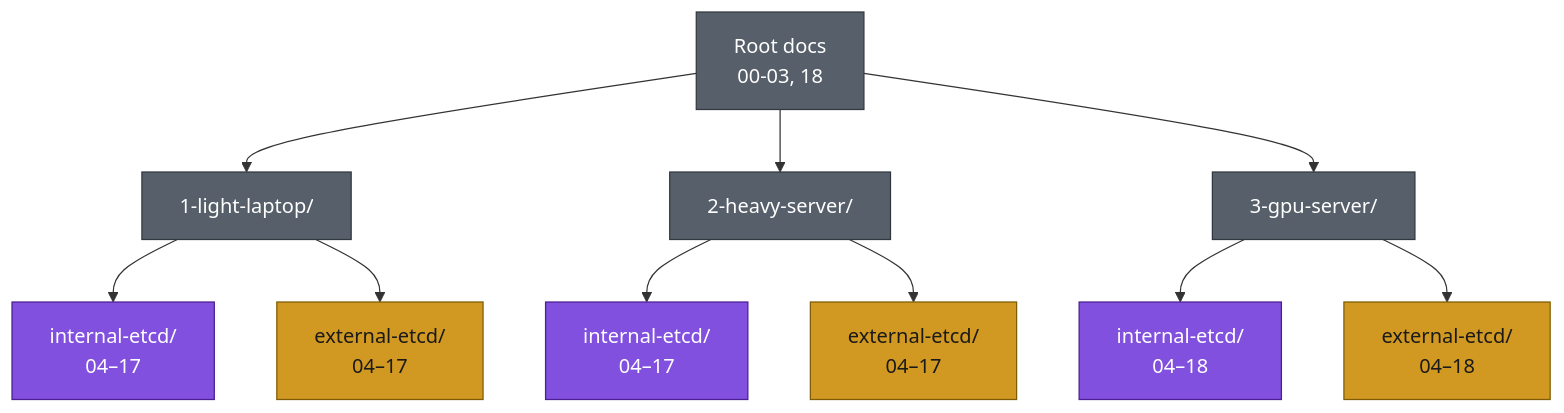
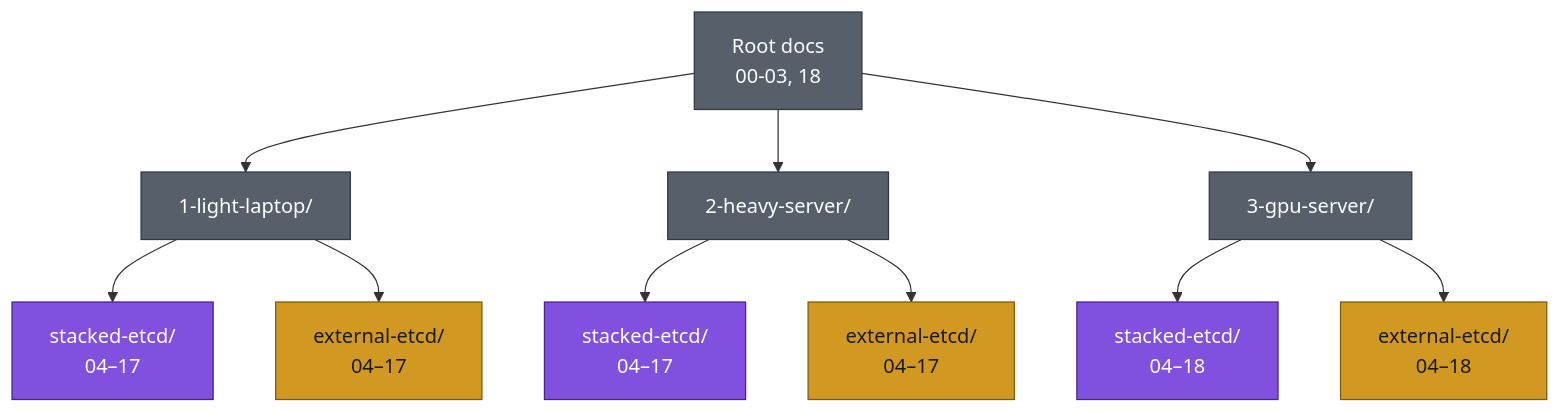
Before and after one commit to bahman-farhadian/kubernetes-lab: the diagram in README.md, drawn with Mermaid. The commit also changed other lines of this file and 23 other files, not shown here.

First line of the commit message:
docs: rename internal-etcd to stacked-etcd to match doc terminology

````diff
--- a/README.md
+++ b/README.md
@@ -37,18 +37,18 @@
 ```mermaid
 flowchart TD
     Root["Root docs\n00-03, 18"]:::common
     Root --> Light["1-light-laptop/"]:::common
     Root --> Heavy["2-heavy-server/"]:::common
     Root --> GPU["3-gpu-server/"]:::common
 
-    Light --> LI["internal-etcd/\n04–17"]:::scenarioA
+    Light --> LI["stacked-etcd/\n04–17"]:::scenarioA
     Light --> LE["external-etcd/\n04–17"]:::scenarioB
-    Heavy --> HI["internal-etcd/\n04–17"]:::scenarioA
+    Heavy --> HI["stacked-etcd/\n04–17"]:::scenarioA
     Heavy --> HE["external-etcd/\n04–17"]:::scenarioB
-    GPU --> GI["internal-etcd/\n04–18"]:::scenarioA
+    GPU --> GI["stacked-etcd/\n04–18"]:::scenarioA
     GPU --> GE["external-etcd/\n04–18"]:::scenarioB
 
     classDef common fill:#57606a,stroke:#32383f,color:#ffffff
     classDef scenarioA fill:#8250df,stroke:#4b1f91,color:#ffffff
     classDef scenarioB fill:#d29922,stroke:#7d5c05,color:#1a1a1a
 ```
````
